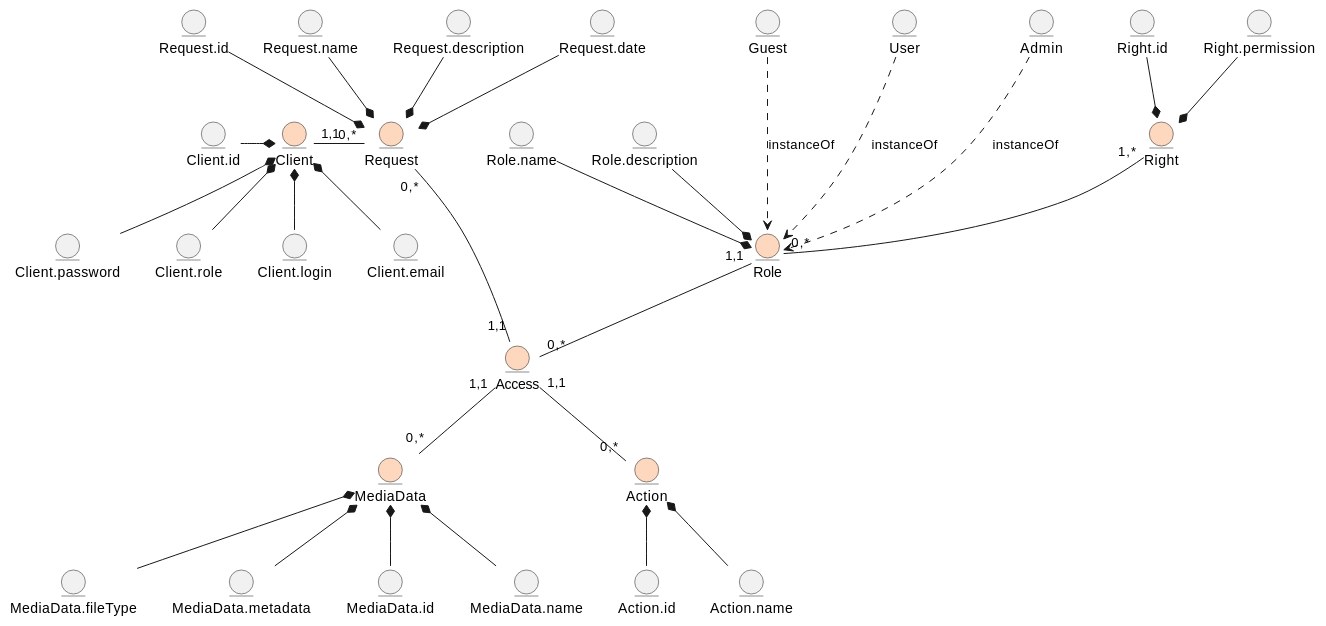
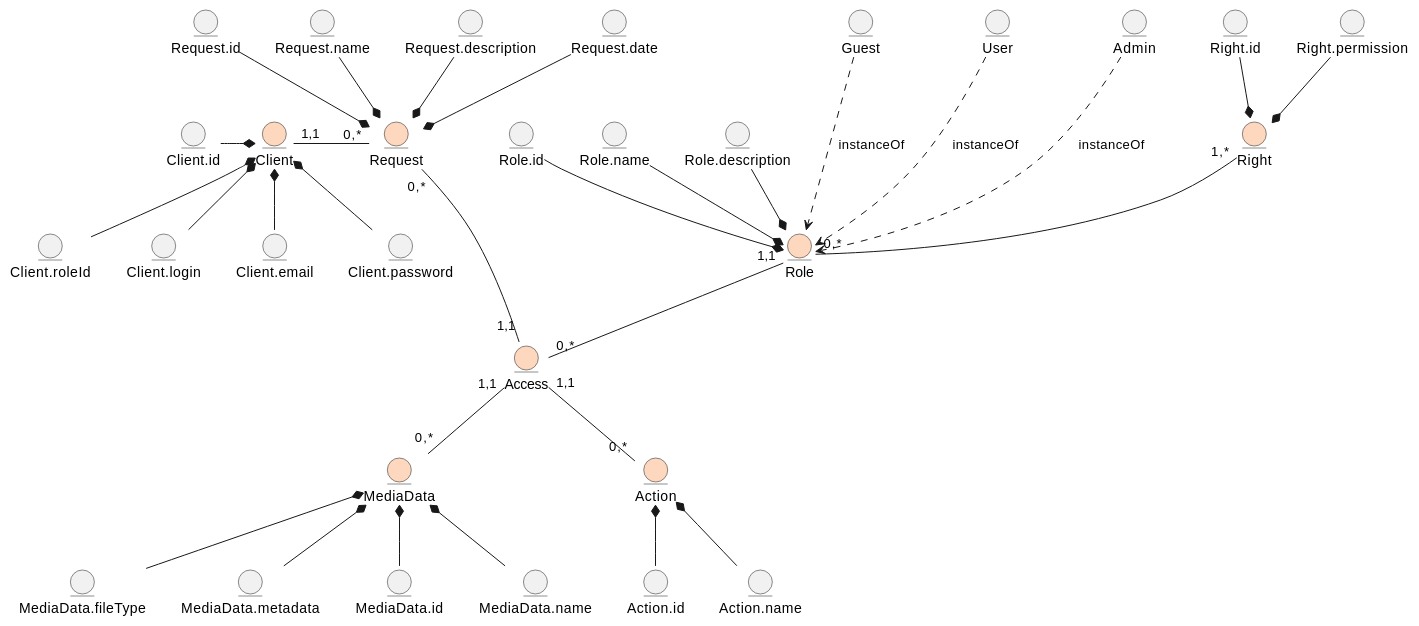
One commit to nonGratis/retarder-io-23-3 changed the first of 2 diagrams in docs/design/README.md. Above: the diagram before and after it, drawn with PlantUML.

Commit message:
add roleId in Client class for BO UML

````diff
--- a/docs/design/README.md
+++ b/docs/design/README.md
@@ -5,78 +5,80 @@
 ```plantuml
 @startuml
 
 entity Client #fdd8bf
   entity Client.id
   entity Client.login
   entity Client.email
   entity Client.password
-  entity Client.role
+  entity Client.roleId
 
   Client.id -r-* Client
   Client.login -u-* Client
   Client.email -u-* Client
   Client.password -u-* Client
-  Client.role -u-* Client
+  Client.roleId -u-* Client
 
 entity Role #fdd8bf
+  entity Role.id
   entity Role.name
   entity Role.description
 
+  Role.id --* Role
   Role.name --* Role
   Role.description --* Role
 
   entity Guest
   entity User
   entity Admin
 
   Guest ...> Role : instanceOf
   User ...> Role : instanceOf
   Admin ...> Role : instanceOf
 
 entity Right #fdd8bf
   entity Right.id
   entity Right.permission
 
   Right.id --* Right
   Right.permission --* Right
 
 entity Request #fdd8bf
   entity Request.id
   entity Request.name
   entity Request.description
   entity Request.date
  
   Request.id --* Request
   Request.name --* Request
   Request.description --* Request
   Request.date --* Request
 
 entity Access #fdd8bf
 
 entity Action #fdd8bf
   entity Action.id
   entity Action.name
 
   Action.id -u-* Action
   Action.name -u-* Action
 
 entity MediaData #fdd8bf
   entity MediaData.id
   entity MediaData.name
   entity MediaData.fileType
   entity MediaData.metadata
 
   MediaData.id -u-* MediaData
   MediaData.name -u-* MediaData
   MediaData.fileType -u-* MediaData
   MediaData.metadata -u-* MediaData
 
 Client "1,1"-r-"0,*" Request
 Right "1,*"--"0,*" Role
 Role "1,1"--"0,*" Access
 Request "0,*"---"1,1" Access
 Access "1,1"--"0,*" Action
 Access "1,1"--"0,*" MediaData
 
 @enduml
 ```
````
